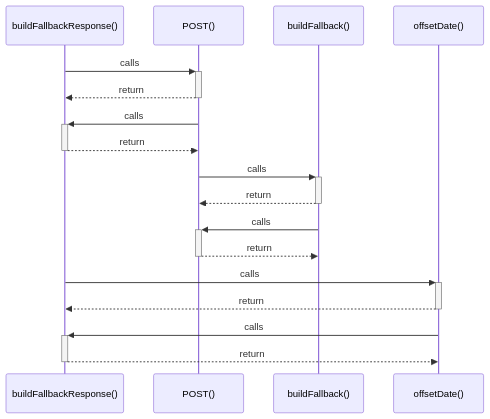
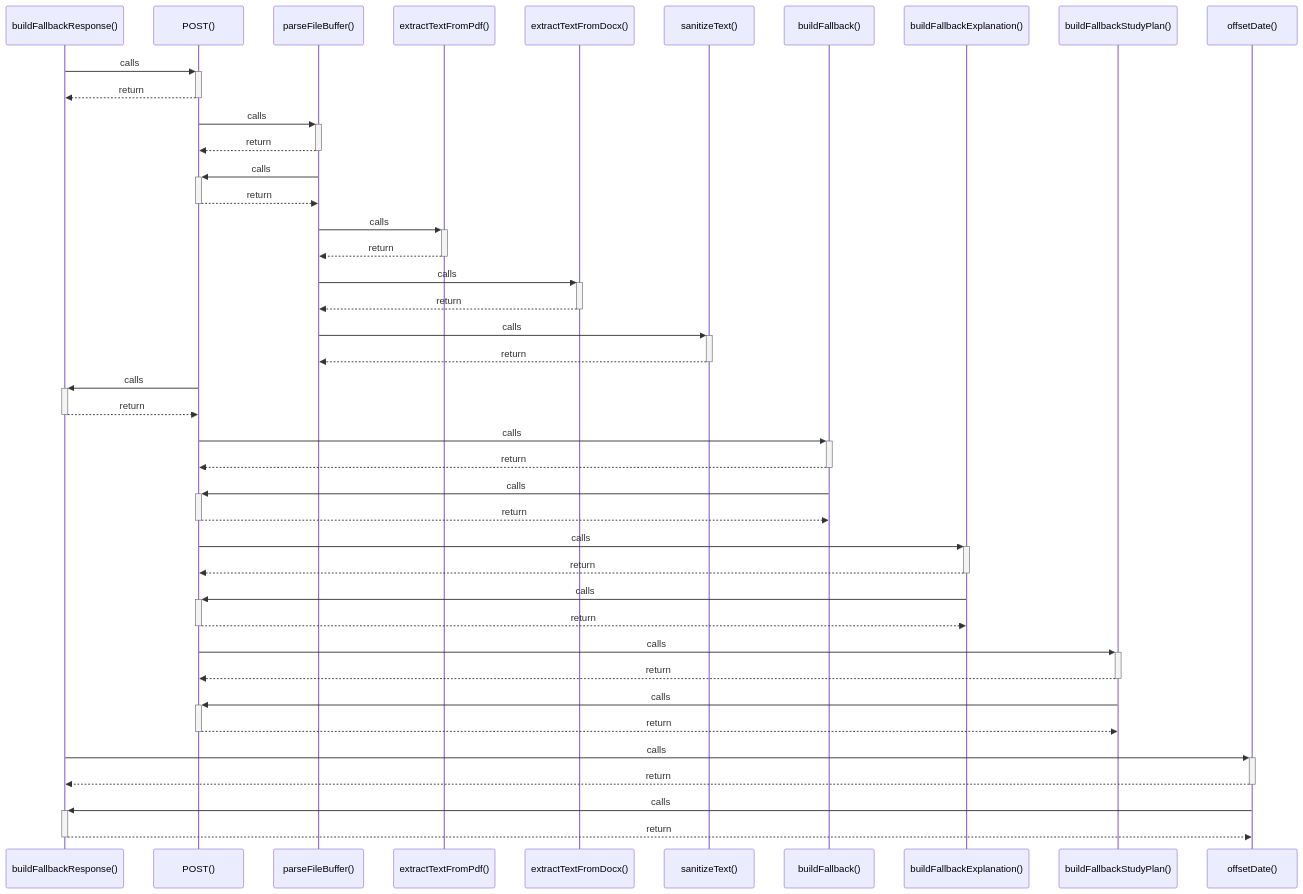
Before and after one commit to Exselsa/studysync-ai: the diagram in src/graphify-out/wiki/buildFallbackResponse().md, drawn with Mermaid. The commit also changed other lines of this file and 23 other files, not shown here.

````diff
--- a/src/graphify-out/wiki/buildFallbackResponse().md
+++ b/src/graphify-out/wiki/buildFallbackResponse().md
@@ -7,19 +7,43 @@
 ```mermaid
 sequenceDiagram
     participant P0 as buildFallbackResponse()
     participant P1 as POST()
-    participant P2 as buildFallback()
-    participant P3 as offsetDate()
+    participant P2 as parseFileBuffer()
+    participant P3 as extractTextFromPdf()
+    participant P4 as extractTextFromDocx()
+    participant P5 as sanitizeText()
+    participant P6 as buildFallback()
+    participant P7 as buildFallbackExplanation()
+    participant P8 as buildFallbackStudyPlan()
+    participant P9 as offsetDate()
     P0->>+ P1: calls
     P1-->>- P0: return
-    P1->>+ P0: calls
-    P0-->>- P1: return
     P1->>+ P2: calls
     P2-->>- P1: return
     P2->>+ P1: calls
     P1-->>- P2: return
-    P0->>+ P3: calls
-    P3-->>- P0: return
-    P3->>+ P0: calls
-    P0-->>- P3: return
+    P2->>+ P3: calls
+    P3-->>- P2: return
+    P2->>+ P4: calls
+    P4-->>- P2: return
+    P2->>+ P5: calls
+    P5-->>- P2: return
+    P1->>+ P0: calls
+    P0-->>- P1: return
+    P1->>+ P6: calls
+    P6-->>- P1: return
+    P6->>+ P1: calls
+    P1-->>- P6: return
+    P1->>+ P7: calls
+    P7-->>- P1: return
+    P7->>+ P1: calls
+    P1-->>- P7: return
+    P1->>+ P8: calls
+    P8-->>- P1: return
+    P8->>+ P1: calls
+    P1-->>- P8: return
+    P0->>+ P9: calls
+    P9-->>- P0: return
+    P9->>+ P0: calls
+    P0-->>- P9: return
 ```
````
